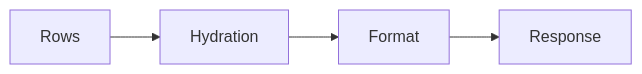
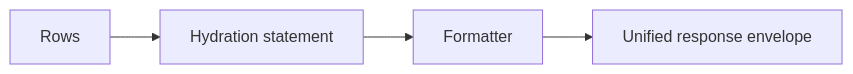
One commit to gitlabhq/orbit-knowledge-graph changed the sixth of 6 diagrams in docs/pages/engineering/architecture/querying.md. Above: the diagram before and after it, drawn with Mermaid. The commit also changed other lines of this file and 2 other files, not shown here.

Commit message:
docs(architecture): tighten the querying pages and add the engine walkthrough

````diff
--- a/docs/pages/engineering/architecture/querying.md
+++ b/docs/pages/engineering/architecture/querying.md
@@ -107,6 +109,6 @@
 ```mermaid
 flowchart LR
-    Rows --> Hydration
-    Hydration --> Format
-    Format --> Response
+    Rows --> Hydration[Hydration statement]
+    Hydration --> Formatter
+    Formatter --> Envelope[Unified response envelope]
 ```
````
